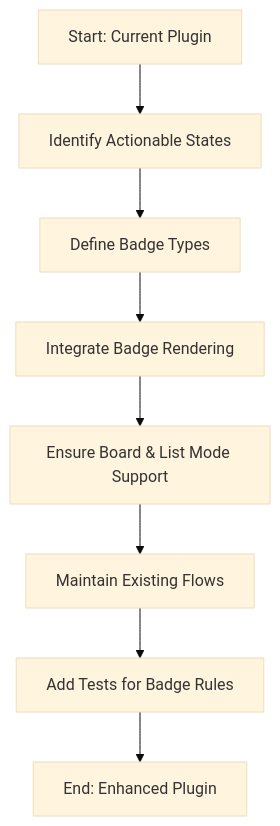
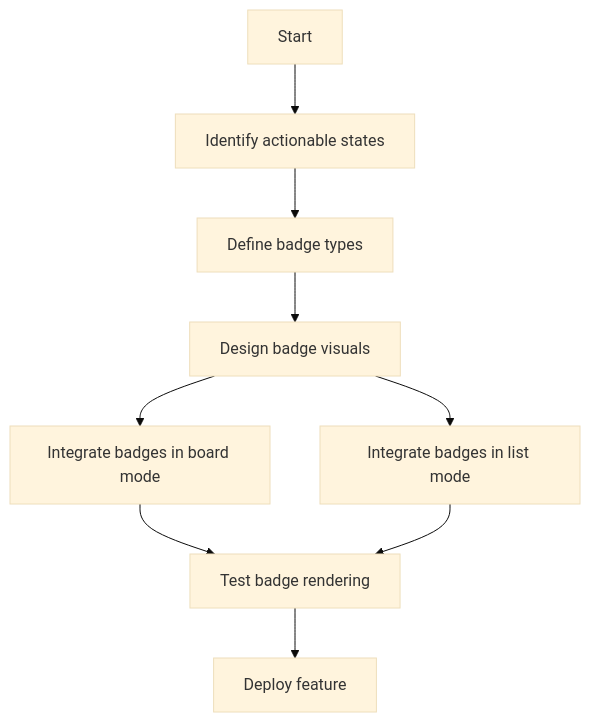
The diagram in logics/request/req_042_add_suggested_action_badges_to_the_plugin.md (AlexAgo83/logics-manager), drawn with Mermaid (base theme) before and after one commit. The commit also changed 50 other files, not shown here.

````diff
--- a/logics/request/req_042_add_suggested_action_badges_to_the_plugin.md
+++ b/logics/request/req_042_add_suggested_action_badges_to_the_plugin.md
@@ -10,12 +10,13 @@
 ```mermaid
 %% logics-kind: request
 %% logics-signature: request|add-suggested-action-badges-to-the-plugi|surface-stronger-visual-cues-about-what|ac1-the-plugin-displays-suggested-action
 flowchart TD
-    A[Start: Current Plugin] --> B[Identify Actionable States]
-    B --> C[Define Badge Types]
-    C --> D[Integrate Badge Rendering]
-    D --> E[Ensure Board & List Mode Support]
-    E --> F[Maintain Existing Flows]
-    F --> G[Add Tests for Badge Rules]
-    G --> H[End: Enhanced Plugin]
+  A[Start] --> B[Identify actionable states]
+  B --> C[Define badge types]
+  C --> D[Design badge visuals]
+  D --> E[Integrate badges in board mode]
+  D --> F[Integrate badges in list mode]
+  E --> G[Test badge rendering]
+  F --> G
+  G --> H[Deploy feature]
 ```
````
